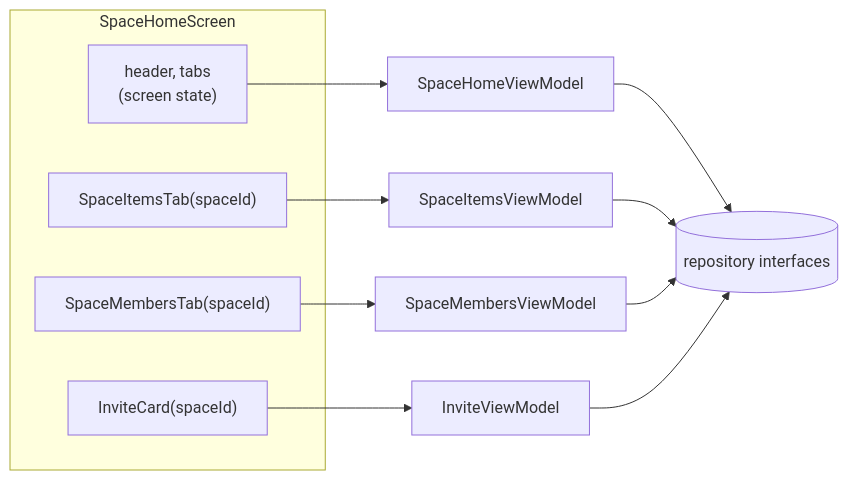
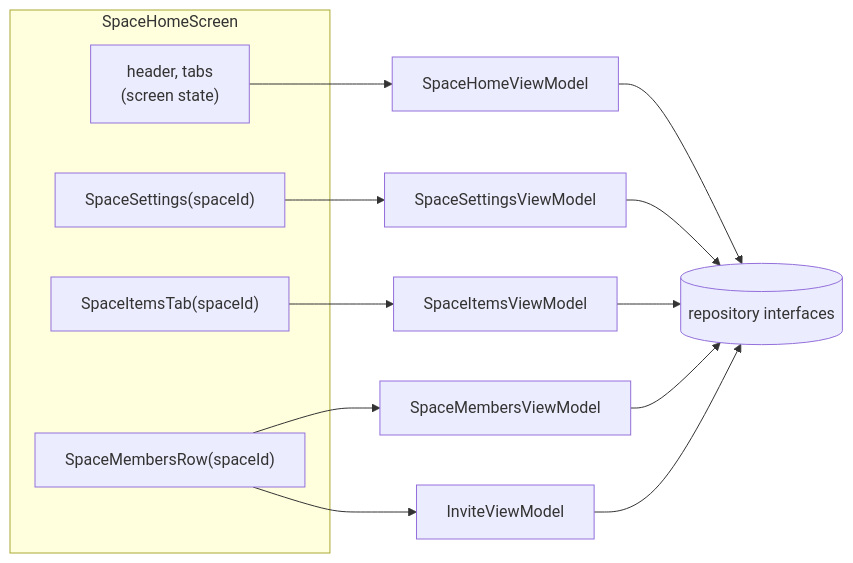
Before and after one commit to Erkko68/orbit: the diagram in docs/architecture/state-and-viewmodels.md, drawn with Mermaid. The commit also changed other lines of this file and 61 other files, not shown here.

````diff
--- a/docs/architecture/state-and-viewmodels.md
+++ b/docs/architecture/state-and-viewmodels.md
@@ -7,14 +7,15 @@
 ```mermaid
 flowchart LR
     subgraph screen["SpaceHomeScreen"]
         header["header, tabs<br/>(screen state)"]
+        settings["SpaceSettings(spaceId)"]
+        members["SpaceMembersRow(spaceId)"]
         items["SpaceItemsTab(spaceId)"]
-        members["SpaceMembersTab(spaceId)"]
-        invite["InviteCard(spaceId)"]
     end
     header --> svm["SpaceHomeViewModel"]
+    settings --> setvm["SpaceSettingsViewModel"]
+    members --> mvm["SpaceMembersViewModel"]
+    members --> invm["InviteViewModel"]
     items --> ivm["SpaceItemsViewModel"]
-    members --> mvm["SpaceMembersViewModel"]
-    invite --> invm["InviteViewModel"]
-    svm & ivm & mvm & invm --> repos[("repository interfaces")]
+    svm & setvm & ivm & mvm & invm --> repos[("repository interfaces")]
 ```
````
